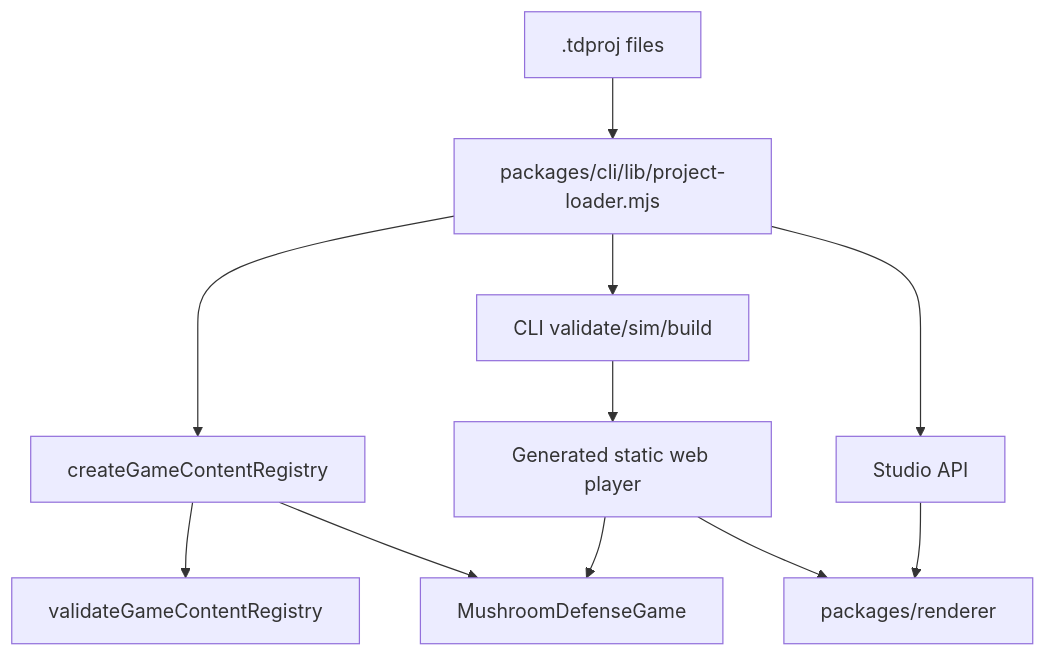
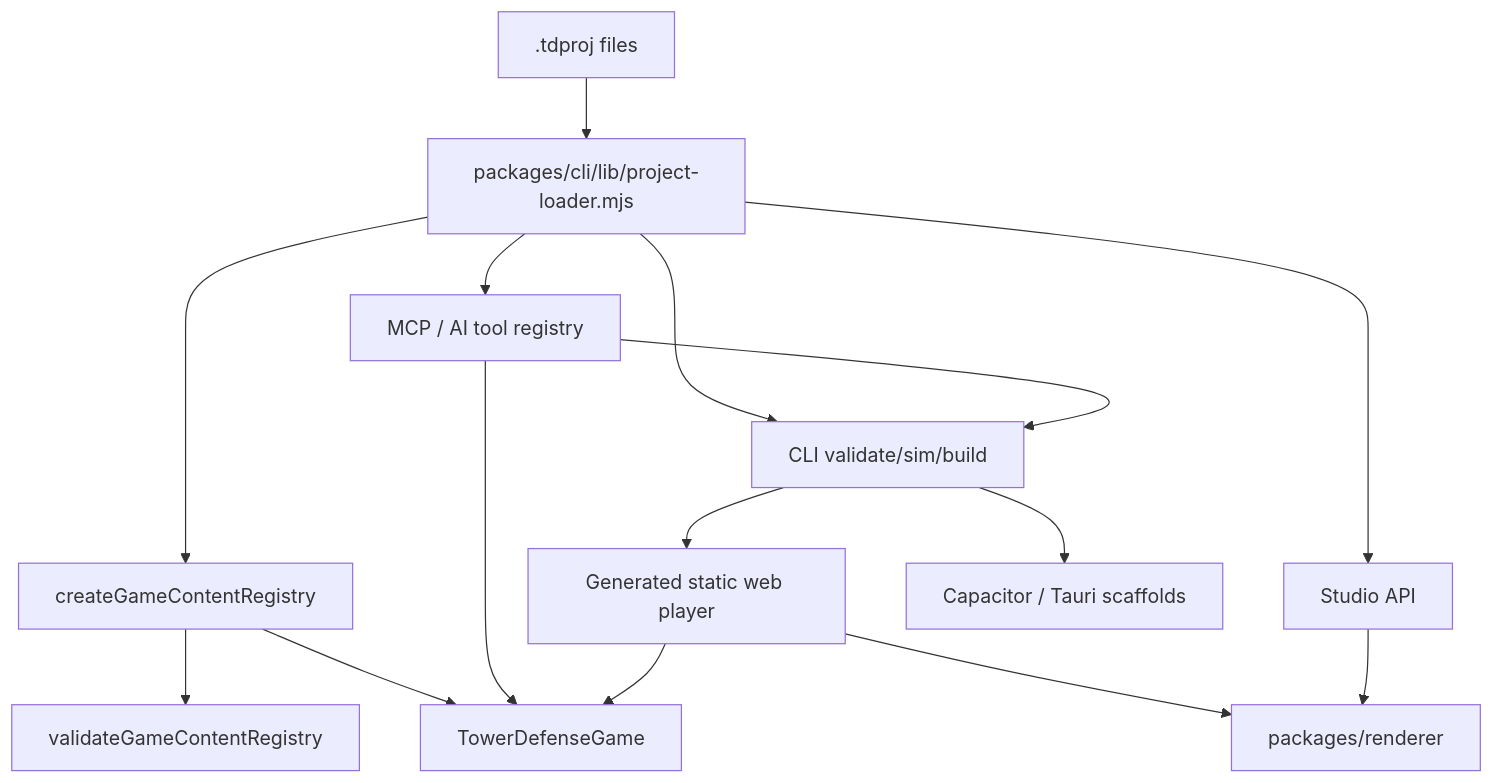
The diagram in ARCHITECTURE.md (MarsherSusanin/TowerForge), drawn with Mermaid before and after one commit. The commit also changed other lines of this file and 77 other files, not shown here.

````diff
--- a/ARCHITECTURE.md
+++ b/ARCHITECTURE.md
@@ -39,13 +41,17 @@
 ```mermaid
 flowchart TD
   Project[".tdproj files"] --> Loader["packages/cli/lib/project-loader.mjs"]
   Loader --> Registry["createGameContentRegistry"]
   Registry --> Validate["validateGameContentRegistry"]
-  Registry --> Sim["MushroomDefenseGame"]
+  Registry --> Sim["TowerDefenseGame"]
   Loader --> Studio["Studio API"]
+  Loader --> MCP["MCP / AI tool registry"]
   Loader --> CLI["CLI validate/sim/build"]
   CLI --> Player["Generated static web player"]
+  CLI --> Package["Capacitor / Tauri scaffolds"]
+  MCP --> CLI
+  MCP --> Sim
   Player --> Sim
   Player --> Renderer["packages/renderer"]
   Studio --> Renderer
 ```
````
